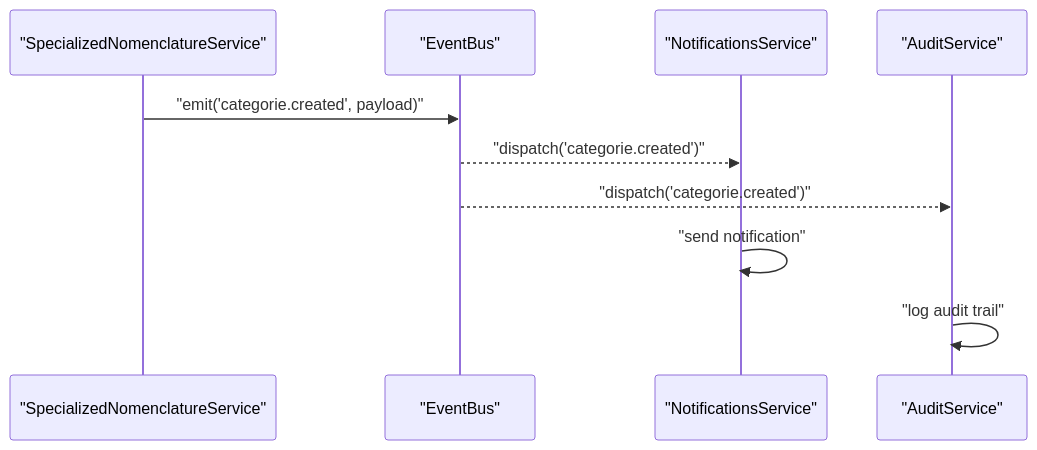
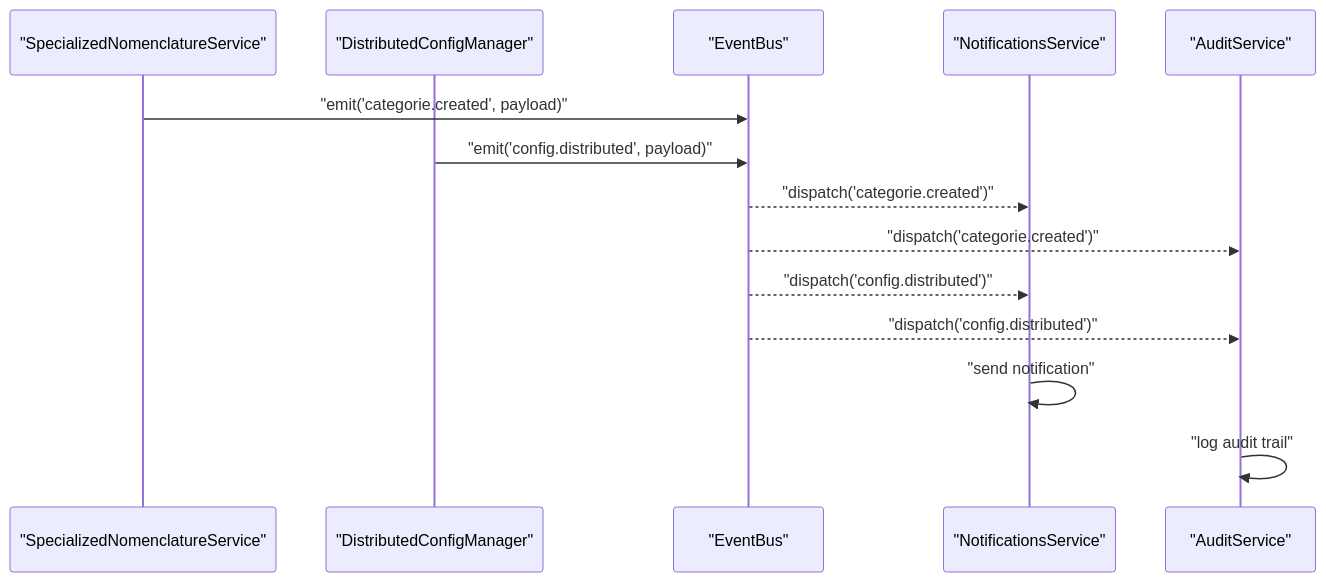
Diagram 17 of 19 in .qoder/repowiki/en/content/System Architecture/Backend Architecture/Backend Architecture.md (franckylab/eLISAschool), drawn with Mermaid before and after one commit. The commit also changed other lines of this file and 262 other files, not shown here.

First line of the commit message:
refactor(architecture): améliorer gestion distribuée de la configuration et délégation contrôleur

````diff
--- a/.qoder/repowiki/en/content/System Architecture/Backend Architecture/Backend Architecture.md
+++ b/.qoder/repowiki/en/content/System Architecture/Backend Architecture/Backend Architecture.md
@@ -547,12 +659,16 @@
 ```mermaid
 sequenceDiagram
 participant ModA as "SpecializedNomenclatureService"
+participant ModB as "DistributedConfigManager"
 participant Bus as "EventBus"
-participant ModB as "NotificationsService"
-participant ModC as "AuditService"
+participant ModC as "NotificationsService"
+participant ModD as "AuditService"
 ModA->>Bus : "emit('categorie.created', payload)"
-Bus-->>ModB : "dispatch('categorie.created')"
+ModB->>Bus : "emit('config.distributed', payload)"
 Bus-->>ModC : "dispatch('categorie.created')"
-ModB->>ModB : "send notification"
-ModC->>ModC : "log audit trail"
+Bus-->>ModD : "dispatch('categorie.created')"
+Bus-->>ModC : "dispatch('config.distributed')"
+Bus-->>ModD : "dispatch('config.distributed')"
+ModC->>ModC : "send notification"
+ModD->>ModD : "log audit trail"
 ```
````
